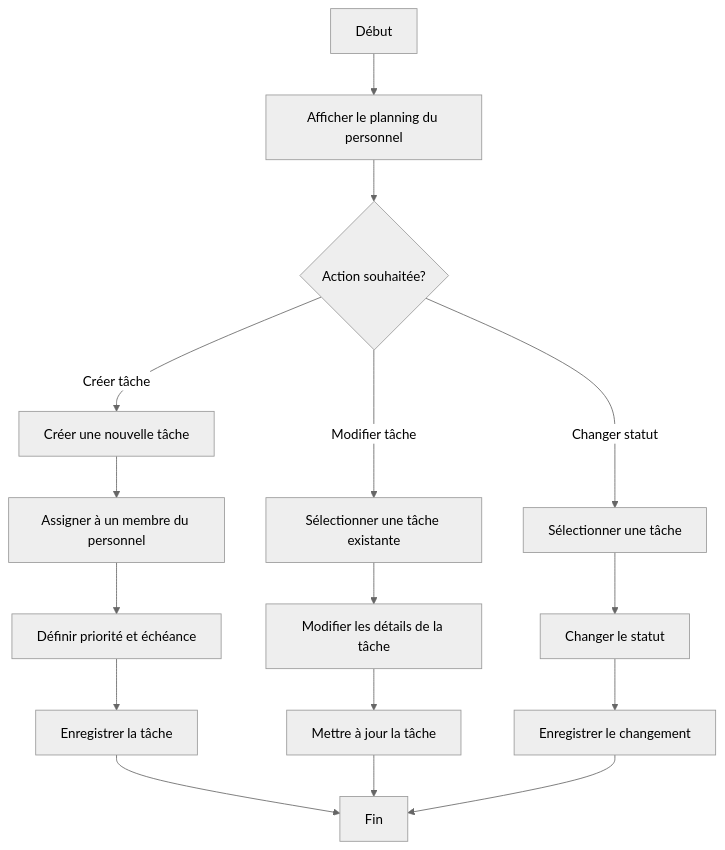
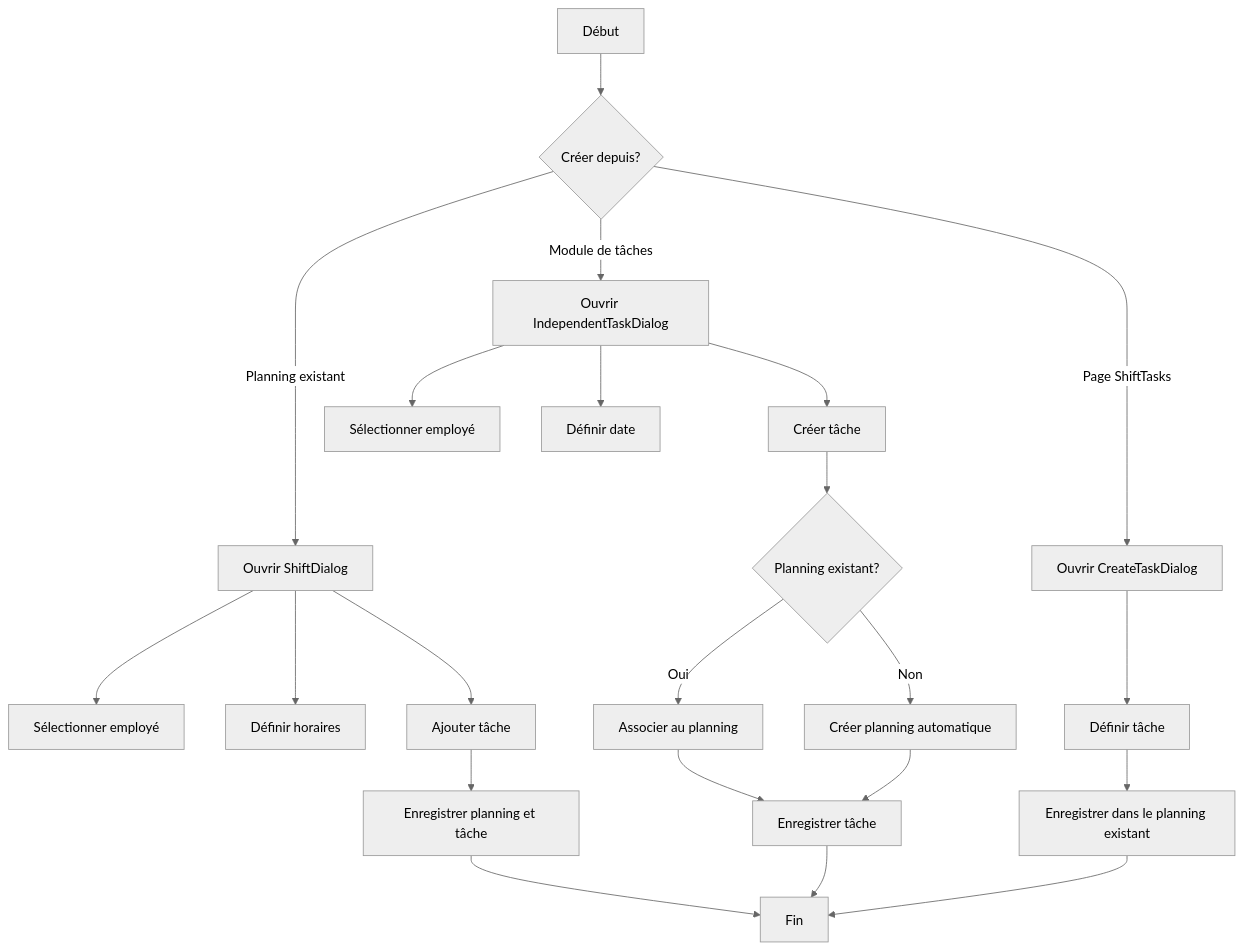
Before and after one commit to IA-Marketings-Team/hotel-mate-systems: the third of 4 diagrams in src/docs/SystemBlueprint.md, drawn with Mermaid (neutral theme). The commit also changed other lines of this file and 9 other files, not shown here.

````diff
--- a/src/docs/SystemBlueprint.md
+++ b/src/docs/SystemBlueprint.md
@@ -130,22 +73,29 @@
 ```mermaid
 flowchart TD
-    A[Début] --> B[Afficher le planning du personnel]
-    B --> C{Action souhaitée?}
+    A[Début] --> B{Créer depuis?}
     
-    C -->|Créer tâche| D[Créer une nouvelle tâche]
-    D --> E[Assigner à un membre du personnel]
-    E --> F[Définir priorité et échéance]
-    F --> G[Enregistrer la tâche]
+    B -->|Planning existant| C[Ouvrir ShiftDialog]
+    B -->|Module de tâches| D[Ouvrir IndependentTaskDialog]
+    B -->|Page ShiftTasks| E[Ouvrir CreateTaskDialog]
     
-    C -->|Modifier tâche| H[Sélectionner une tâche existante]
-    H --> I[Modifier les détails de la tâche]
-    I --> J[Mettre à jour la tâche]
+    C --> F[Sélectionner employé]
+    C --> G[Définir horaires]
+    C --> H[Ajouter tâche]
+    H --> I[Enregistrer planning et tâche]
     
-    C -->|Changer statut| K[Sélectionner une tâche]
-    K --> L[Changer le statut]
-    L --> M[Enregistrer le changement]
+    D --> J[Sélectionner employé]
+    D --> K[Définir date]
+    D --> L[Créer tâche]
+    L --> M{Planning existant?}
+    M -->|Oui| N[Associer au planning]
+    M -->|Non| O[Créer planning automatique]
+    N --> P[Enregistrer tâche]
+    O --> P
     
-    G --> N[Fin]
-    J --> N
-    M --> N
+    E --> Q[Définir tâche]
+    Q --> R[Enregistrer dans le planning existant]
+    
+    I --> S[Fin]
+    P --> S
+    R --> S
 ```
````
